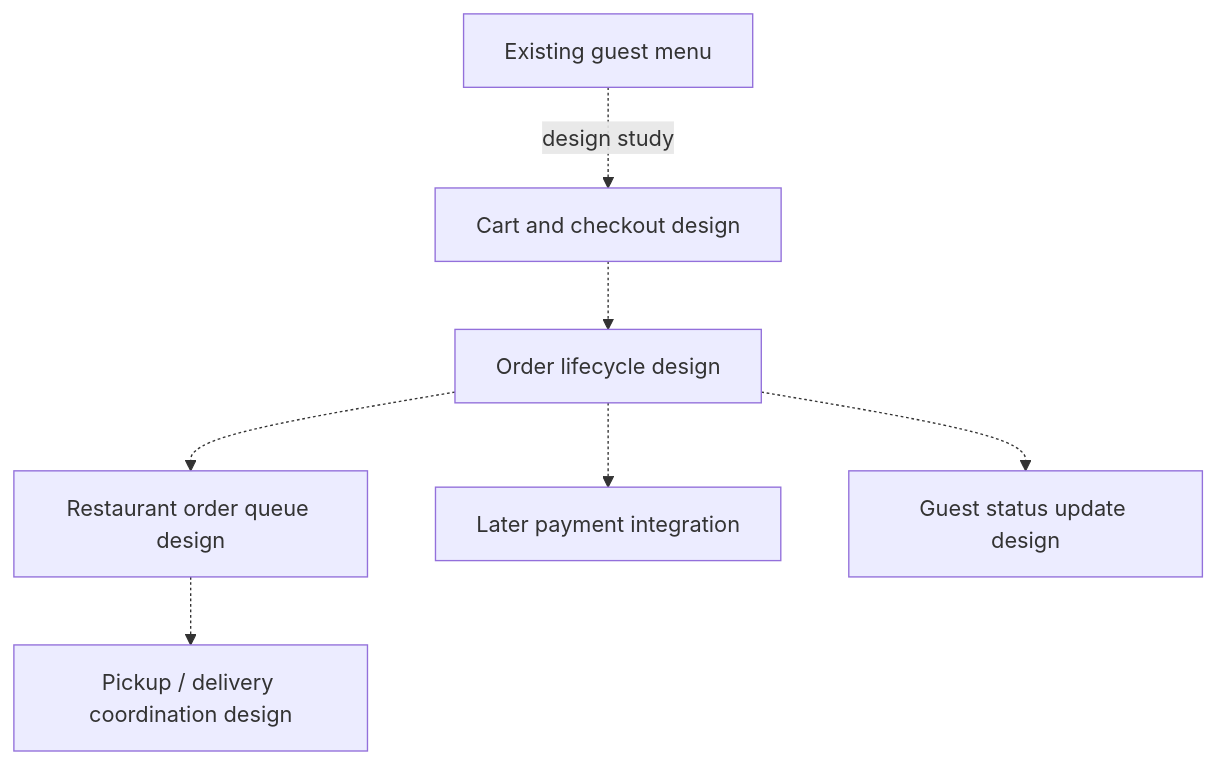
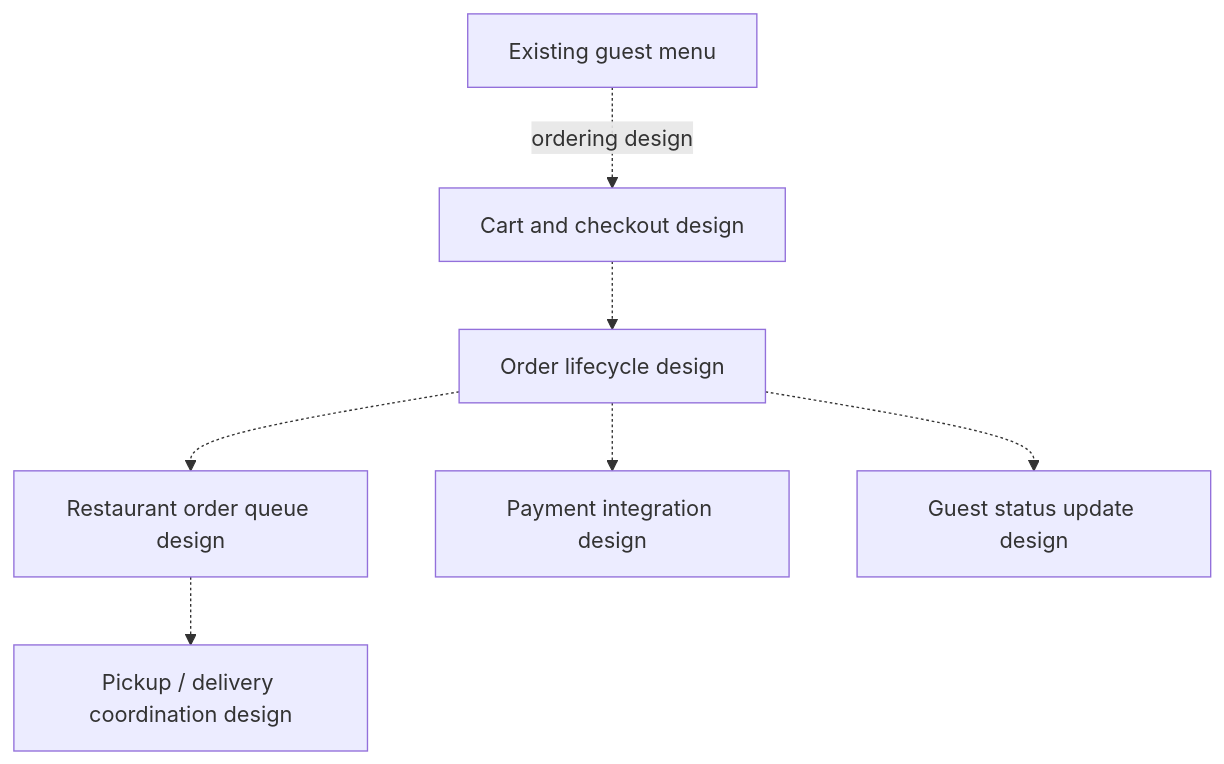
One commit to MahdiHajjHassan/Restaurant-app changed the second of 2 diagrams in docs/portfolio-architecture.md. Above: the diagram before and after it, drawn with Mermaid. The commit also changed other lines of this file and 2 other files, not shown here.

````diff
--- a/docs/portfolio-architecture.md
+++ b/docs/portfolio-architecture.md
@@ -47,9 +46,9 @@
 ```mermaid
 flowchart TB
-  Browse["Existing guest menu"] -. "design study" .-> Cart["Cart and checkout design"]
+  Browse["Existing guest menu"] -. "ordering design" .-> Cart["Cart and checkout design"]
   Cart -.-> Order["Order lifecycle design"]
   Order -.-> Queue["Restaurant order queue design"]
   Queue -.-> Fulfil["Pickup / delivery coordination design"]
-  Order -.-> Payment["Later payment integration"]
+  Order -.-> Payment["Payment integration design"]
   Order -.-> Updates["Guest status update design"]
 ```
````
